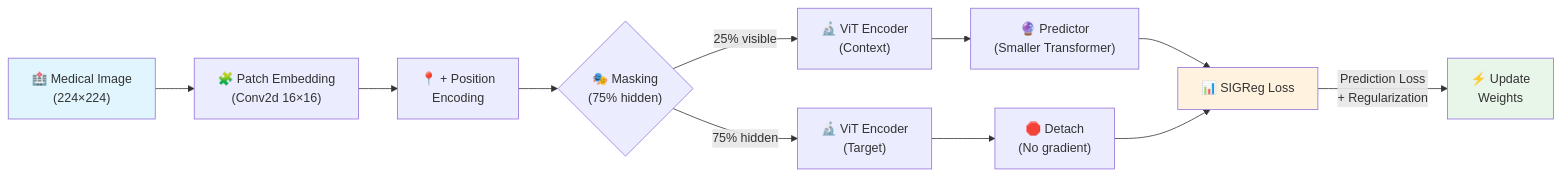
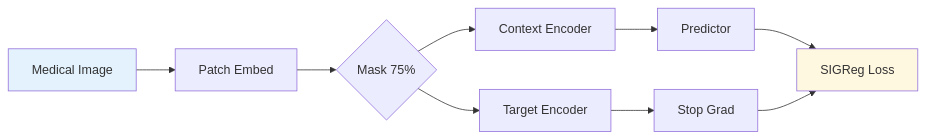
The first of 5 diagrams in README.md (prthmmkhija1/MedJEPA), drawn with Mermaid before and after one commit. The commit also changed other lines of this file and 2 other files, not shown here.

````diff
--- a/README.md
+++ b/README.md
@@ -77,17 +49,14 @@
 ```mermaid
 flowchart LR
-    A["🏥 Medical Image\n(224×224)"] --> B["🧩 Patch Embedding\n(Conv2d 16×16)"]
-    B --> C["📍 + Position\nEncoding"]
-    C --> D{"🎭 Masking\n(75% hidden)"}
-    D -->|"25% visible"| E["🔬 ViT Encoder\n(Context)"]
-    D -->|"75% hidden"| F["🔬 ViT Encoder\n(Target)"]
-    E --> G["🔮 Predictor\n(Smaller Transformer)"]
-    F --> H["🛑 Detach\n(No gradient)"]
-    G --> I["📊 SIGReg Loss"]
-    H --> I
-    I -->|"Prediction Loss\n+ Regularization"| J["⚡ Update\nWeights"]
+    A[Medical Image] --> B[Patch Embed]
+    B --> C{Mask 75%}
+    C --> D[Context Encoder]
+    C --> E[Target Encoder]
+    D --> F[Predictor]
+    E --> G[Stop Grad]
+    F --> H[SIGReg Loss]
+    G --> H
 
-    style A fill:#e1f5fe
-    style I fill:#fff3e0
-    style J fill:#e8f5e9
+    style A fill:#e3f2fd
+    style H fill:#fff8e1
 ```
````
